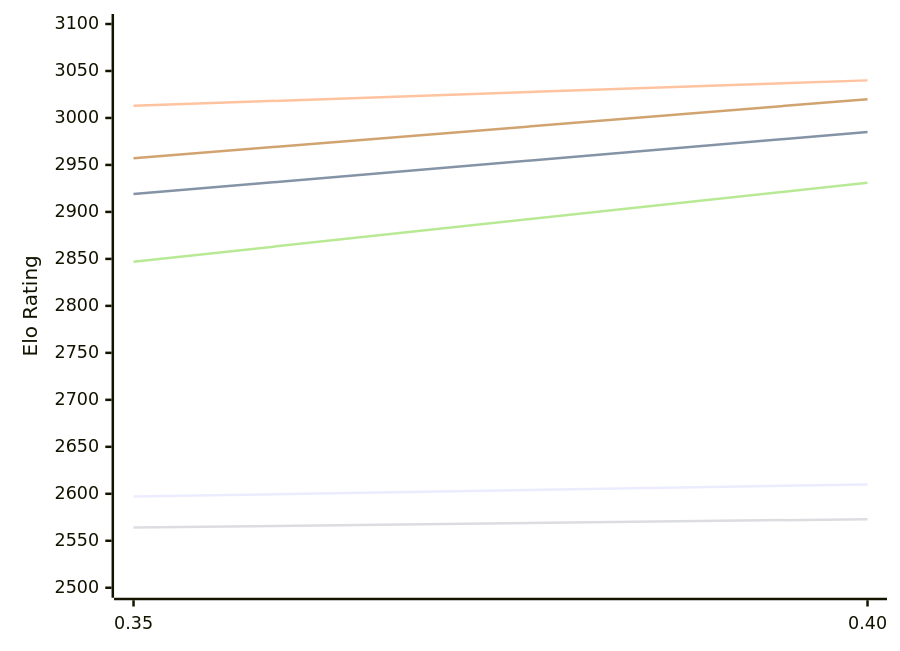
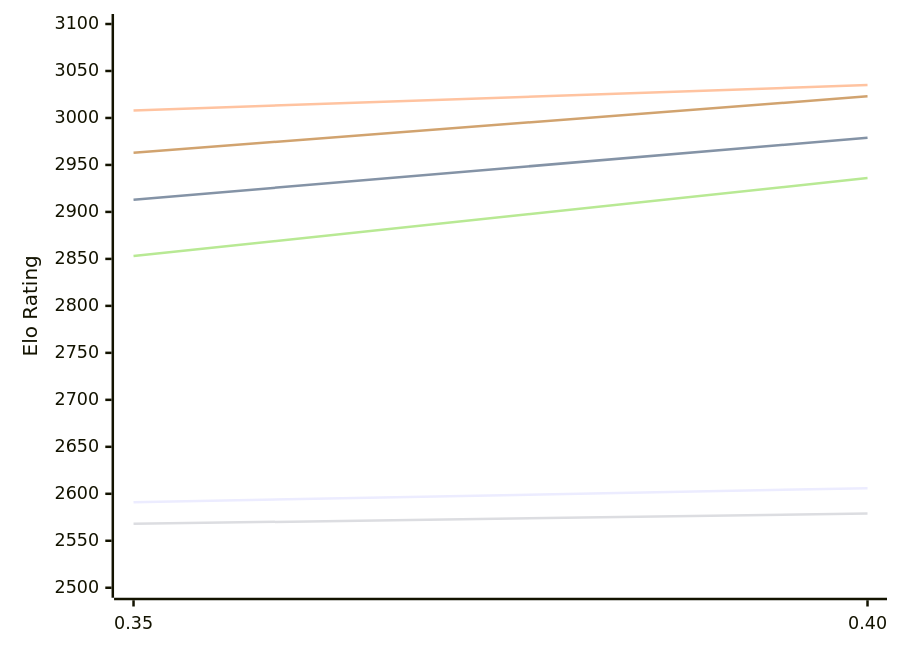
Before and after one commit to computer-chess-index/cci: the first of 2 diagrams in engines/Gecko.md, drawn with Mermaid. The commit also changed other lines of this file, not shown here.

Commit message:
Update CCI Ratings (ELO VLTC) - 2026-11-18

````diff
--- a/engines/Gecko.md
+++ b/engines/Gecko.md
@@ -54,12 +54,12 @@
 ```mermaid
 %%{init: {"theme":"base","themeVariables":{"seriesColors:['#a3a3a3','#222221','#faa371']}}}%%
 xychart-beta
   x-axis ["0.35", "0.40"]
   y-axis "Elo Rating" 2500 --> 3100
-  line "E1: STC (8.0+0.08s)" [2597, 2610]
-  line "E1: LTC (60.0+0.60s)" [2919, 2985]
-  line "E1: VLTC (2m24s+1.12s)" [3013, 3040]
-  line "P1: STC (8.0+0.08s)" [2564, 2573]
-  line "P1: LTC (60.0+0.60s)" [2847, 2931]
-  line "P1: VLTC (2m24s+1.12s)" [2957, 3020]
+  line "E1: STC (8.0+0.08s)" [2591, 2606]
+  line "E1: LTC (60.0+0.60s)" [2913, 2979]
+  line "E1: VLTC (2m24s+1.12s)" [3008, 3035]
+  line "P1: STC (8.0+0.08s)" [2568, 2579]
+  line "P1: LTC (60.0+0.60s)" [2853, 2936]
+  line "P1: VLTC (2m24s+1.12s)" [2963, 3023]
 ```
````
